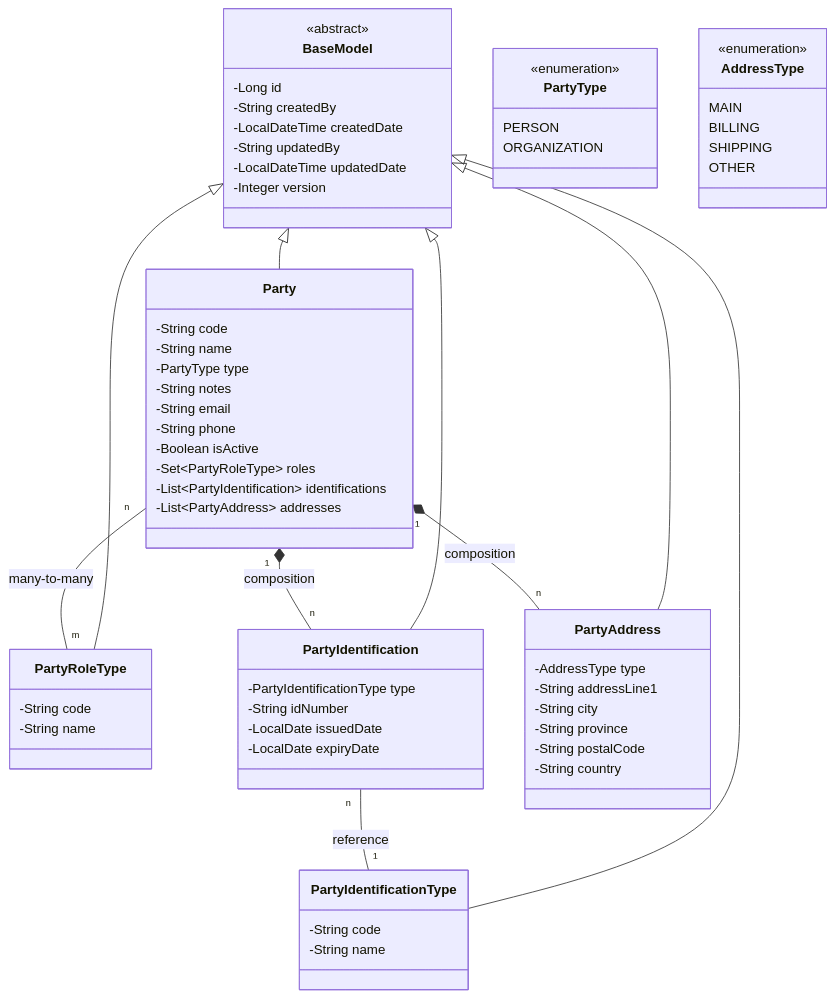
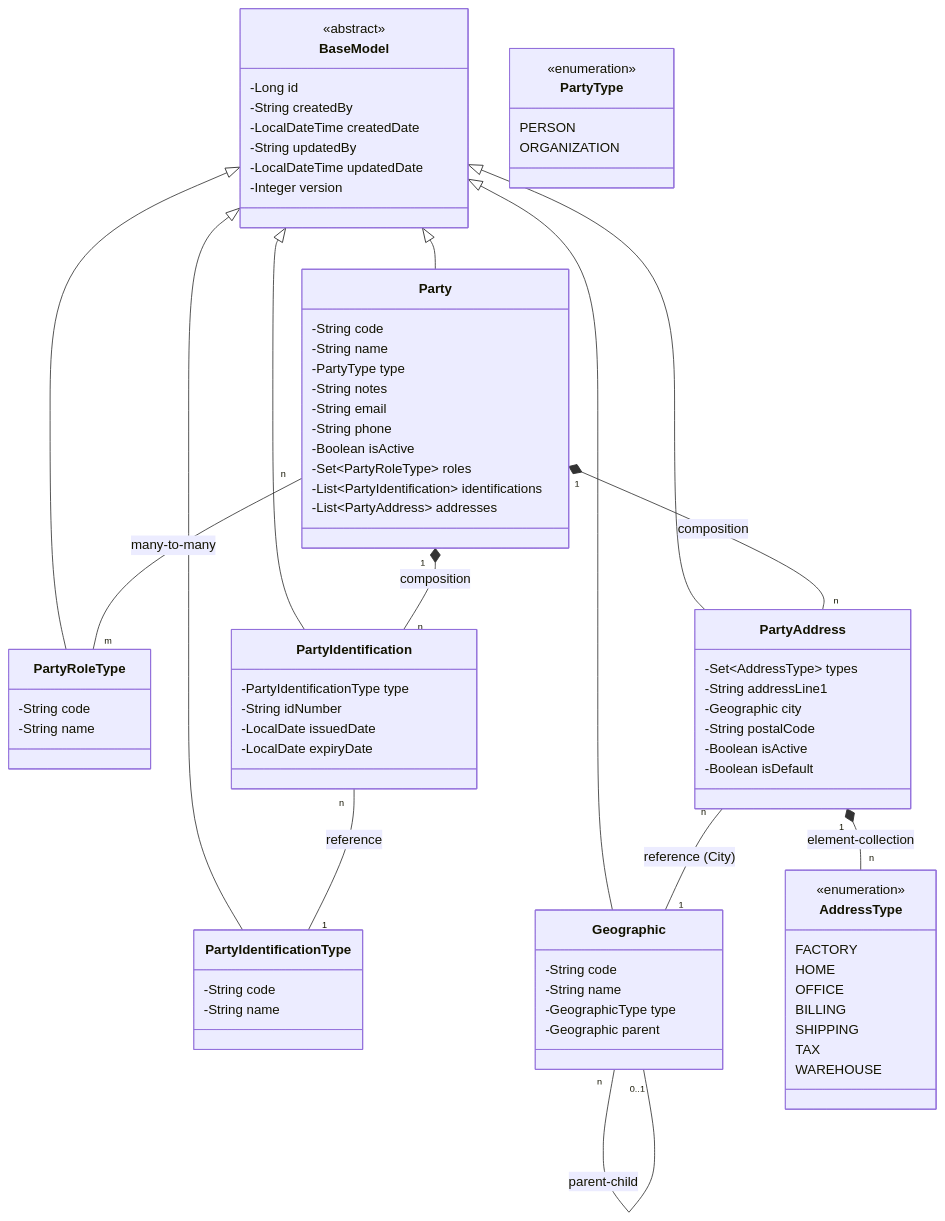
The diagram in docs/architecture/party-class-diagram.md (quenzvezda/solusi-erp), drawn with Mermaid before and after one commit. The commit also changed 14 other files, not shown here.

First line of the commit message:
feat(master): refactor party address with multi-purpose types and geographic integration

````diff
--- a/docs/architecture/party-class-diagram.md
+++ b/docs/architecture/party-class-diagram.md
@@ -45,12 +45,19 @@
     }
 
     class PartyAddress {
-        -AddressType type
+        -Set~AddressType~ types
         -String addressLine1
-        -String city
-        -String province
+        -Geographic city
         -String postalCode
-        -String country
+        -Boolean isActive
+        -Boolean isDefault
+    }
+
+    class Geographic {
+        -String code
+        -String name
+        -GeographicType type
+        -Geographic parent
     }
 
     class PartyType {
@@ -61,10 +68,13 @@
 
     class AddressType {
         <<enumeration>>
-        MAIN
+        FACTORY
+        HOME
+        OFFICE
         BILLING
         SHIPPING
-        OTHER
+        TAX
+        WAREHOUSE
     }
 
     BaseModel <|-- Party
@@ -72,9 +82,13 @@
     BaseModel <|-- PartyIdentificationType
     BaseModel <|-- PartyIdentification
     BaseModel <|-- PartyAddress
+    BaseModel <|-- Geographic
 
     Party "1" *-- "n" PartyIdentification : composition
     Party "1" *-- "n" PartyAddress : composition
     Party "n" -- "m" PartyRoleType : many-to-many
     PartyIdentification "n" -- "1" PartyIdentificationType : reference
+    PartyAddress "n" -- "1" Geographic : reference (City)
+    PartyAddress "1" *-- "n" AddressType : element-collection
+    Geographic "n" -- "0..1" Geographic : parent-child
 ```
````
